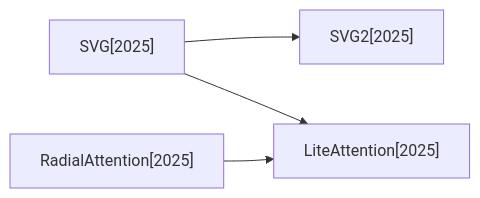
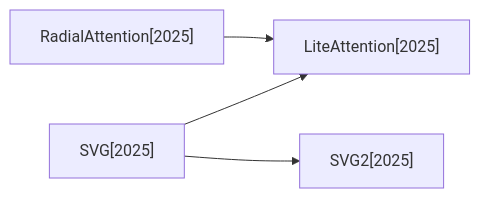
Before and after one commit to hustzxd/EfficientPaper: the second of 5 diagrams in docs/baseline_methods_graph.md, drawn with Mermaid. The commit also changed other lines of this file and 19 other files, not shown here.

````diff
--- a/docs/baseline_methods_graph.md
+++ b/docs/baseline_methods_graph.md
@@ -29,10 +29,10 @@
 ```mermaid
 flowchart LR
+    2025_RadialAttention["RadialAttention[2025]"]
     2025_SVG["SVG[2025]"]
     2025_SVG2["SVG2[2025]"]
     2025_LiteAttention["LiteAttention[2025]"]
-    2025_RadialAttention["RadialAttention[2025]"]
+    2025_RadialAttention --> 2025_LiteAttention
     2025_SVG --> 2025_SVG2
     2025_SVG --> 2025_LiteAttention
-    2025_RadialAttention --> 2025_LiteAttention
 ```
````
